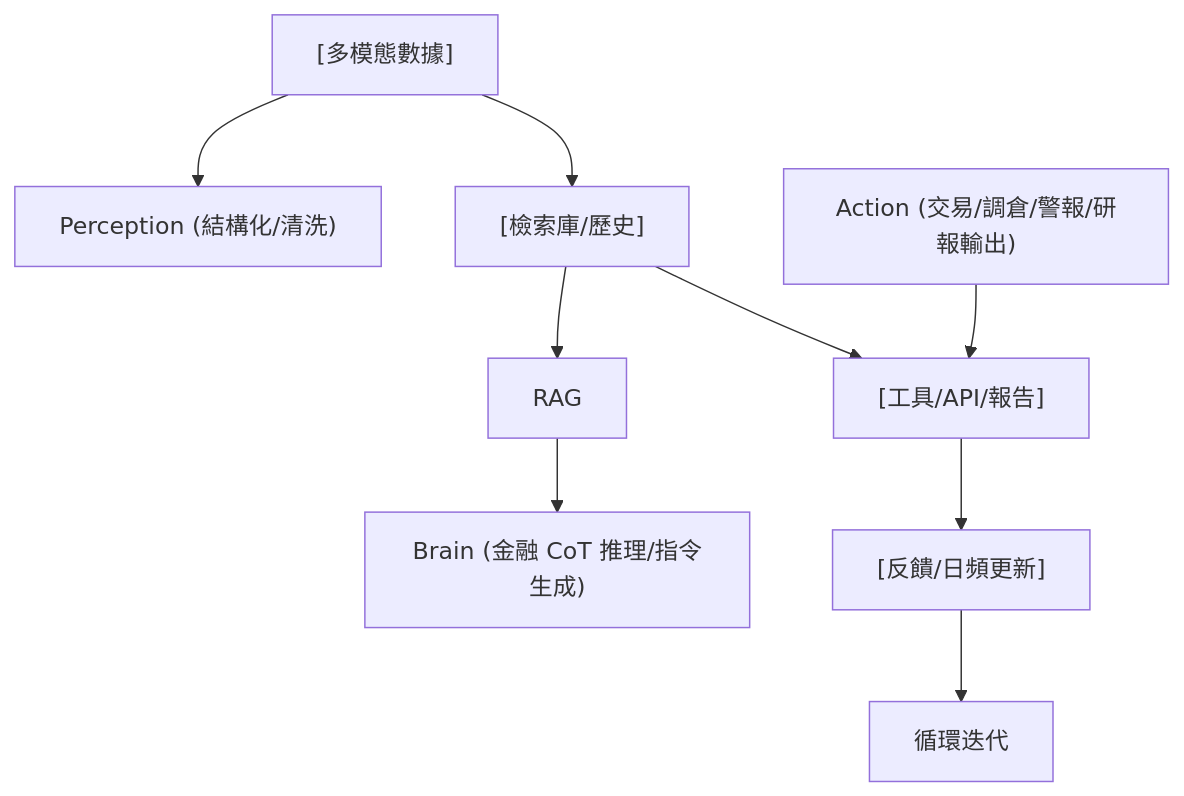
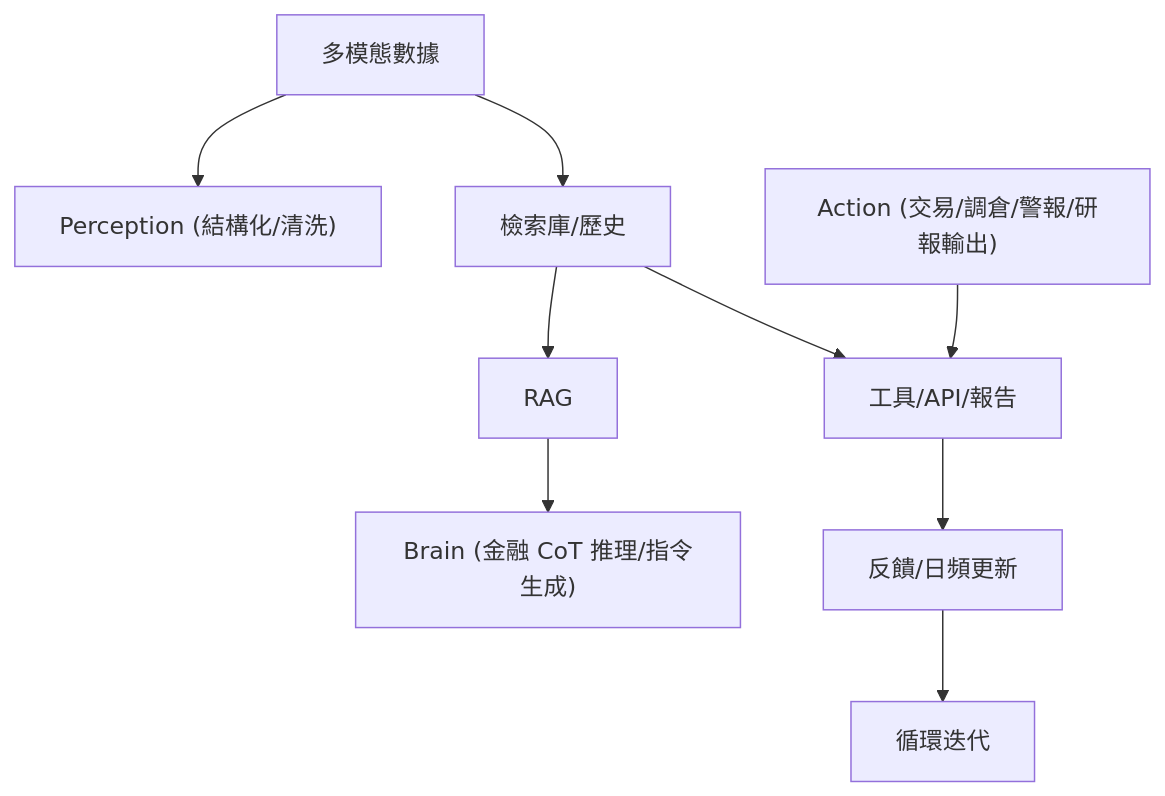
The diagram in foundations/llm-agentic/finrobot.md (sou350121/Trading-Handbook), drawn with Mermaid before and after one commit. The commit also changed 191 other files, not shown here.

First line of the commit message:
render: fix math + mermaid for GitHub across the corpus (188 pages)

````diff
--- a/foundations/llm-agentic/finrobot.md
+++ b/foundations/llm-agentic/finrobot.md
@@ -33,11 +33,11 @@
 ```mermaid
 flowchart TD
-    N1["[多模態數據]"] --> N2["Perception (結構化/清洗)"]
-    N1 --> N3["[檢索庫/歷史]"]
+    N1["多模態數據"] --> N2["Perception (結構化/清洗)"]
+    N1 --> N3["檢索庫/歷史"]
     N3 --> N4["RAG"]
     N4 --> N5["Brain (金融 CoT 推理/指令生成)"]
-    N3 --> N6["[工具/API/報告]"]
+    N3 --> N6["工具/API/報告"]
     N7["Action (交易/調倉/警報/研報輸出)"] --> N6
-    N6 --> N8["[反饋/日頻更新]"]
+    N6 --> N8["反饋/日頻更新"]
     N8 --> N9["循環迭代"]
 ```
````
